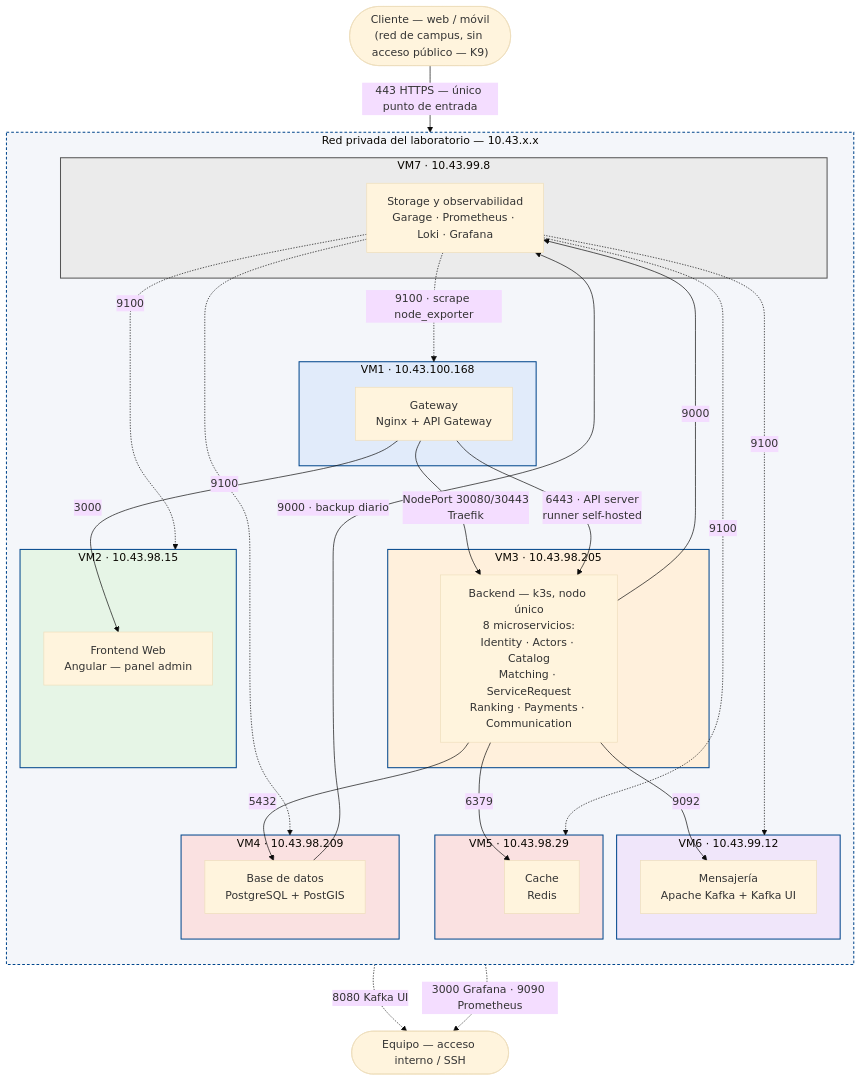
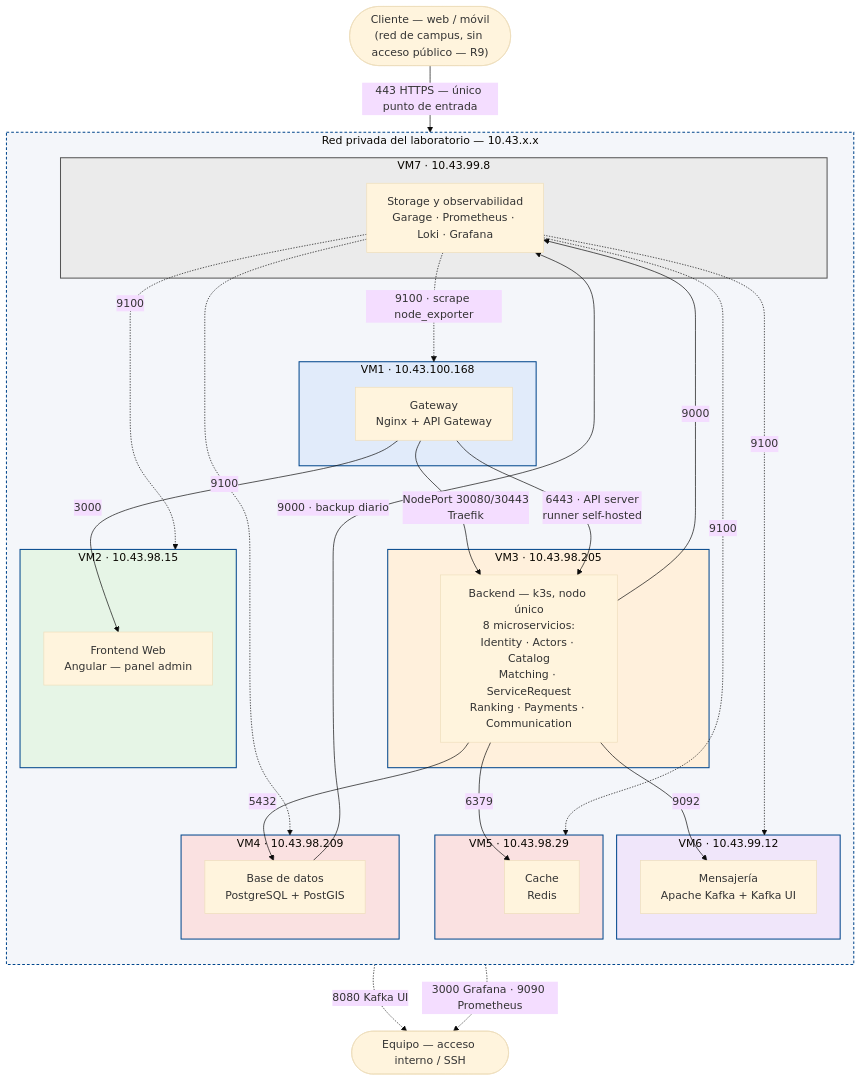
The fourth of 8 diagrams in docs/architecture/SDD.md (ARQUI-202630/quickpatch), drawn with Mermaid (base theme) before and after one commit. The commit also changed other lines of this file and 7 other files, not shown here.

````diff
--- a/docs/architecture/SDD.md
+++ b/docs/architecture/SDD.md
@@ -1161,59 +1161,59 @@
 ```mermaid
 flowchart TB
-    CLIENTE(["Cliente — web / móvil<br/>(red de campus, sin acceso público — K9)"])
+    CLIENTE(["Cliente — web / móvil<br/>(red de campus, sin acceso público — R9)"])
 
     subgraph LAB["Red privada del laboratorio — 10.43.x.x"]
     direction TB
 
         subgraph VM1N["VM1 · 10.43.100.168"]
             VM1["Gateway<br/>Nginx + API Gateway"]
         end
         subgraph VM2N["VM2 · 10.43.98.15"]
             VM2["Frontend Web<br/>Angular — panel admin"]
         end
         subgraph VM3N["VM3 · 10.43.98.205"]
             VM3["Backend — k3s, nodo único<br/>8 microservicios:<br/>Identity · Actors · Catalog<br/>Matching · ServiceRequest<br/>Ranking · Payments · Communication"]
         end
         subgraph VM4N["VM4 · 10.43.98.209"]
             VM4["Base de datos<br/>PostgreSQL + PostGIS"]
         end
         subgraph VM5N["VM5 · 10.43.98.29"]
             VM5["Cache<br/>Redis"]
         end
         subgraph VM6N["VM6 · 10.43.99.12"]
             VM6["Mensajería<br/>Apache Kafka + Kafka UI"]
         end
         subgraph VM7N["VM7 · 10.43.99.8"]
             VM7["Storage y observabilidad<br/>Garage · Prometheus · Loki · Grafana"]
         end
 
         VM1 -->|"3000"| VM2
         VM1 -->|"NodePort 30080/30443<br/>Traefik"| VM3
         VM1 -->|"6443 · API server<br/>runner self-hosted"| VM3
         VM3 -->|"5432"| VM4
         VM3 -->|"6379"| VM5
         VM3 -->|"9092"| VM6
         VM3 -->|"9000"| VM7
         VM4 -->|"9000 · backup diario"| VM7
         VM7 -.->|"9100 · scrape node_exporter"| VM1N
         VM7 -.->|"9100"| VM2N
         VM7 -.->|"9100"| VM4N
         VM7 -.->|"9100"| VM5N
         VM7 -.->|"9100"| VM6N
     end
 
     CLIENTE -->|"443 HTTPS — único punto de entrada"| VM1
 
     EQUIPO(["Equipo — acceso interno / SSH"])
     VM6 -.->|"8080 Kafka UI"| EQUIPO
     VM7 -.->|"3000 Grafana · 9090 Prometheus"| EQUIPO
 
     style LAB fill:#f4f6fa,stroke:#00468C,stroke-width:1.5px,stroke-dasharray:4 3
     style VM1N fill:#E1EBFA,stroke:#00468C,stroke-width:1.5px
     style VM2N fill:#E6F5E6,stroke:#00468C,stroke-width:1.5px
     style VM3N fill:#FFF0DC,stroke:#00468C,stroke-width:1.5px
     style VM4N fill:#FAE1E1,stroke:#00468C,stroke-width:1.5px
     style VM5N fill:#FAE1E1,stroke:#00468C,stroke-width:1.5px
     style VM6N fill:#F0E6FA,stroke:#00468C,stroke-width:1.5px
     style VM7N fill:#EBEBEB,stroke:#555555,stroke-width:1.5px
 ```
````
